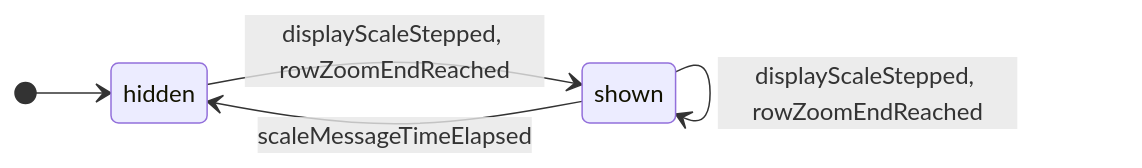
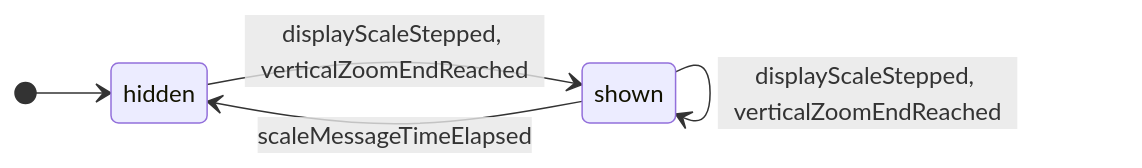
Before and after one commit to GoodRelax/gr-scheduler: the tenth of 27 diagrams in docs/spec/_assets/tbl-state-machines.md, drawn with Mermaid. The commit also changed other lines of this file and 25 other files, not shown here.

````diff
--- a/docs/spec/_assets/tbl-state-machines.md
+++ b/docs/spec/_assets/tbl-state-machines.md
@@ -405,10 +405,10 @@
 ```mermaid
 stateDiagram-v2
     direction LR
     [*] --> scaleMessageDisplayStateMachine_hidden
     scaleMessageDisplayStateMachine_hidden : hidden
     scaleMessageDisplayStateMachine_shown : shown
-    scaleMessageDisplayStateMachine_hidden --> scaleMessageDisplayStateMachine_shown : displayScaleStepped, rowZoomEndReached
-    scaleMessageDisplayStateMachine_shown --> scaleMessageDisplayStateMachine_shown : displayScaleStepped, rowZoomEndReached
+    scaleMessageDisplayStateMachine_hidden --> scaleMessageDisplayStateMachine_shown : displayScaleStepped, verticalZoomEndReached
+    scaleMessageDisplayStateMachine_shown --> scaleMessageDisplayStateMachine_shown : displayScaleStepped, verticalZoomEndReached
     scaleMessageDisplayStateMachine_shown --> scaleMessageDisplayStateMachine_hidden : scaleMessageTimeElapsed
 ```
````
